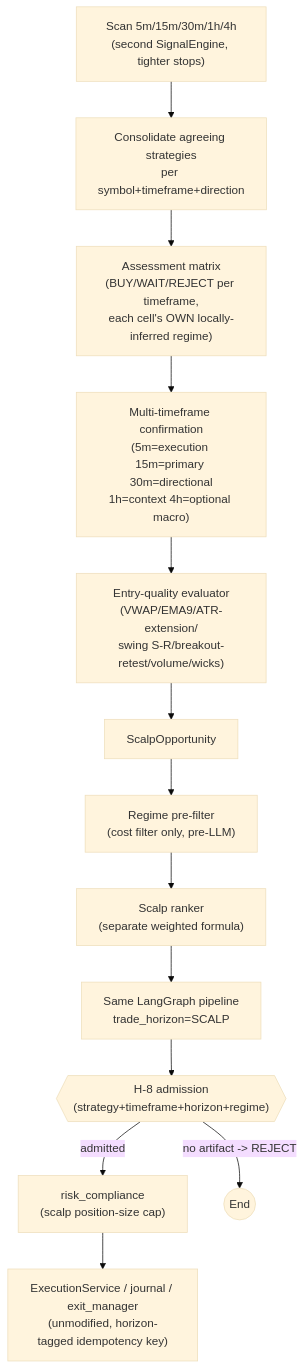
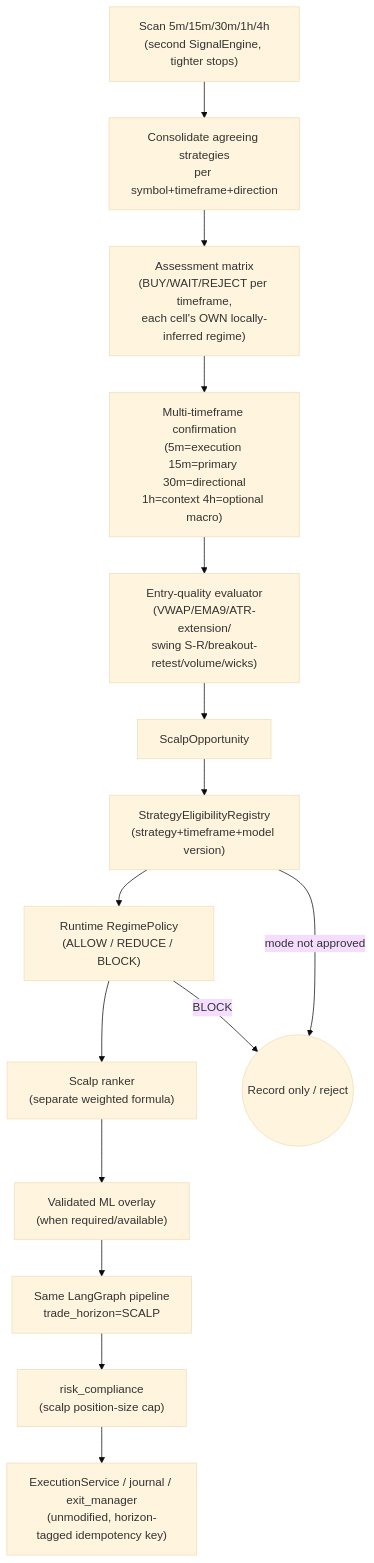
One commit to ven2day/DeltaQuant changed the fourth of 4 diagrams in README.md. Above: the diagram before and after it, drawn with Mermaid (base theme). The commit also changed other lines of this file and 465 other files, not shown here.

````diff
--- a/README.md
+++ b/README.md
@@ -428,21 +481,22 @@
 ```mermaid
 flowchart TB
     SCAN["Scan 5m/15m/30m/1h/4h<br/>(second SignalEngine, tighter stops)"]
     CONSOL["Consolidate agreeing strategies<br/>per symbol+timeframe+direction"]
     MATRIX["Assessment matrix<br/>(BUY/WAIT/REJECT per timeframe,<br/>each cell's OWN locally-inferred regime)"]
     CONFIRM["Multi-timeframe confirmation<br/>(5m=execution 15m=primary 30m=directional<br/>1h=context 4h=optional macro)"]
     QUALITY["Entry-quality evaluator<br/>(VWAP/EMA9/ATR-extension/<br/>swing S-R/breakout-retest/volume/wicks)"]
     OPP["ScalpOpportunity"]
-    REGIME_FILTER["Regime pre-filter<br/>(cost filter only, pre-LLM)"]
+    ELIGIBILITY["StrategyEligibilityRegistry<br/>(strategy+timeframe+model version)"]
+    REGIME_FILTER["Runtime RegimePolicy<br/>(ALLOW / REDUCE / BLOCK)"]
     RANK["Scalp ranker<br/>(separate weighted formula)"]
     GRAPH["Same LangGraph pipeline<br/>trade_horizon=SCALP"]
-    H8{{"H-8 admission<br/>(strategy+timeframe+horizon+regime)"}}
+    ML["Validated ML overlay<br/>(when required/available)"]
     RISK["risk_compliance<br/>(scalp position-size cap)"]
     EXEC["ExecutionService / journal / exit_manager<br/>(unmodified, horizon-tagged idempotency key)"]
 
     SCAN --> CONSOL --> MATRIX --> CONFIRM --> QUALITY --> OPP
-    OPP --> REGIME_FILTER --> RANK --> GRAPH
-    GRAPH --> H8
-    H8 -->|"no artifact -> REJECT"| END1((End))
-    H8 -->|"admitted"| RISK --> EXEC
+    OPP --> ELIGIBILITY --> REGIME_FILTER --> RANK --> ML --> GRAPH
+    GRAPH --> RISK --> EXEC
+    ELIGIBILITY -->|"mode not approved"| END1((Record only / reject))
+    REGIME_FILTER -->|"BLOCK"| END1
 ```
````
